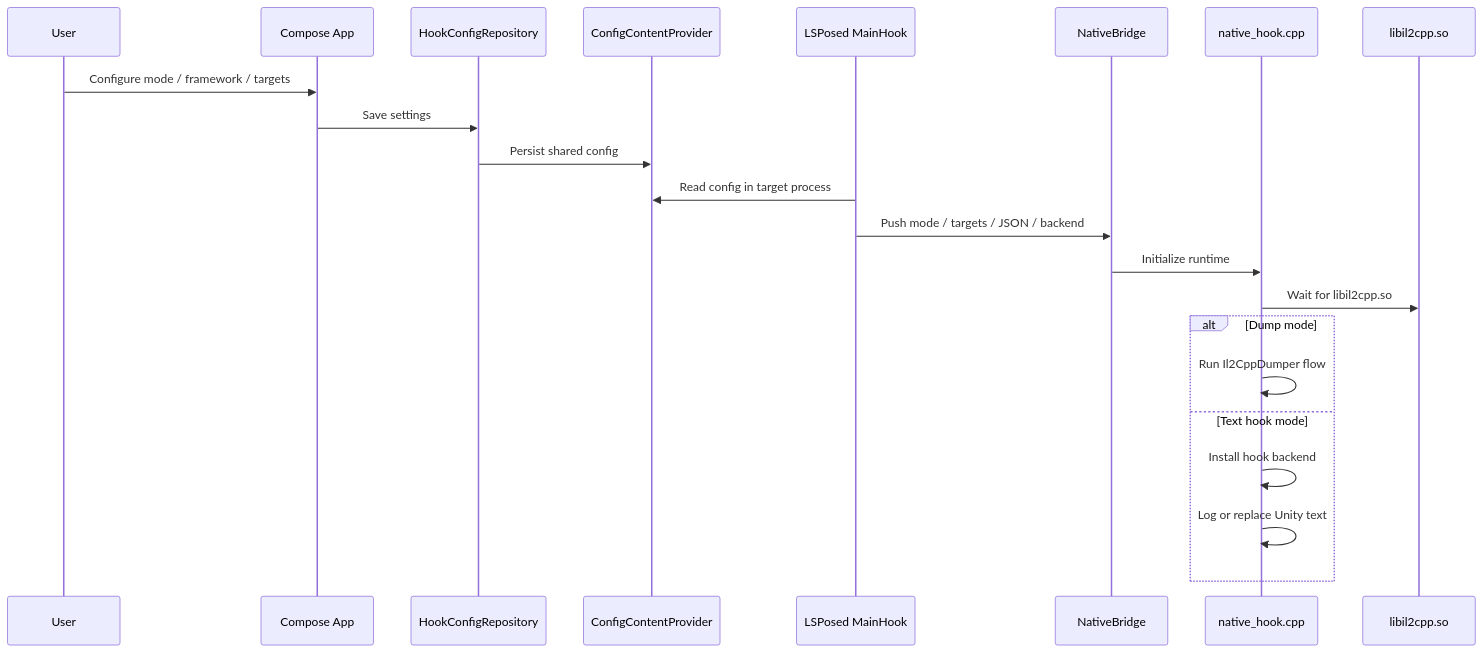
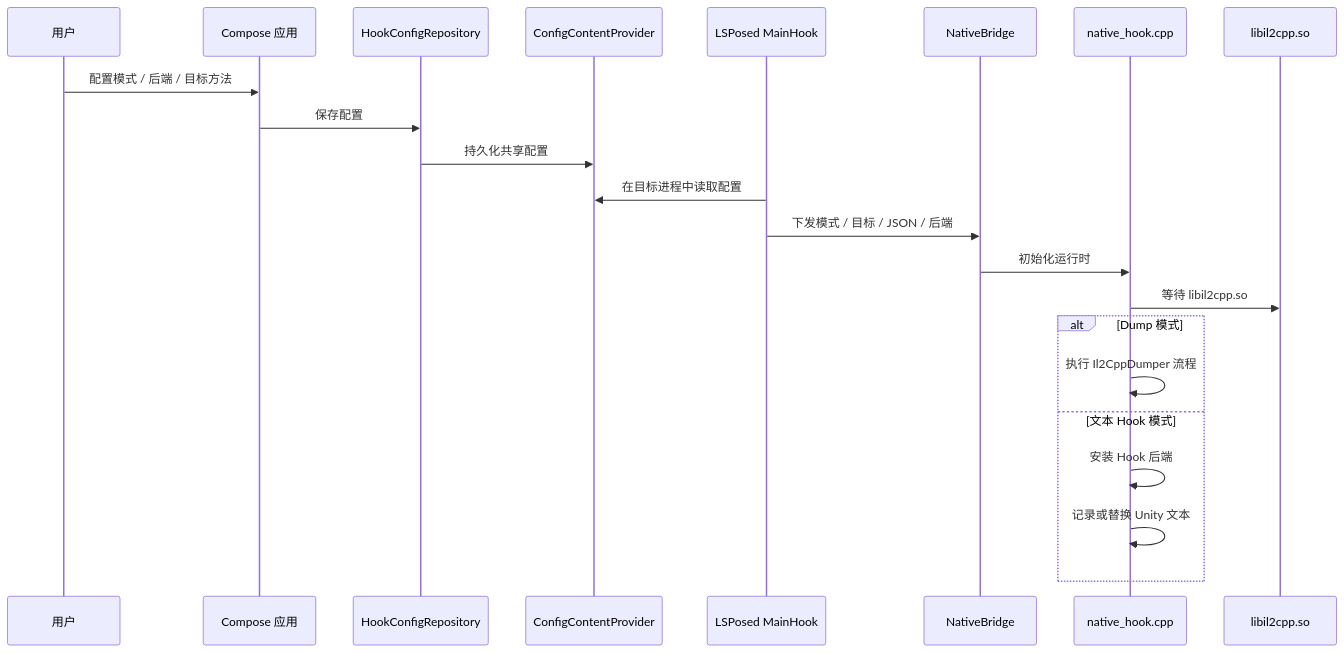
Before and after one commit to Coconutat/il2Fusion-test: the second of 2 diagrams in README.md, drawn with Mermaid. The commit also changed other lines of this file and 2 other files, not shown here.

````diff
--- a/README.md
+++ b/README.md
@@ -38,25 +38,25 @@
 ```mermaid
 sequenceDiagram
-    participant U as User
-    participant App as Compose App
+    participant U as 用户
+    participant App as Compose 应用
     participant Repo as HookConfigRepository
     participant Provider as ConfigContentProvider
     participant Hook as LSPosed MainHook
     participant JNI as NativeBridge
     participant Native as native_hook.cpp
     participant Il2Cpp as libil2cpp.so
 
-    U->>App: Configure mode / framework / targets
-    App->>Repo: Save settings
-    Repo->>Provider: Persist shared config
-    Hook->>Provider: Read config in target process
-    Hook->>JNI: Push mode / targets / JSON / backend
-    JNI->>Native: Initialize runtime
-    Native->>Il2Cpp: Wait for libil2cpp.so
-    alt Dump mode
-        Native->>Native: Run Il2CppDumper flow
-    else Text hook mode
-        Native->>Native: Install hook backend
-        Native->>Native: Log or replace Unity text
+    U->>App: 配置模式 / 后端 / 目标方法
+    App->>Repo: 保存配置
+    Repo->>Provider: 持久化共享配置
+    Hook->>Provider: 在目标进程中读取配置
+    Hook->>JNI: 下发模式 / 目标 / JSON / 后端
+    JNI->>Native: 初始化运行时
+    Native->>Il2Cpp: 等待 libil2cpp.so
+    alt Dump 模式
+        Native->>Native: 执行 Il2CppDumper 流程
+    else 文本 Hook 模式
+        Native->>Native: 安装 Hook 后端
+        Native->>Native: 记录或替换 Unity 文本
     end
 ```
````
